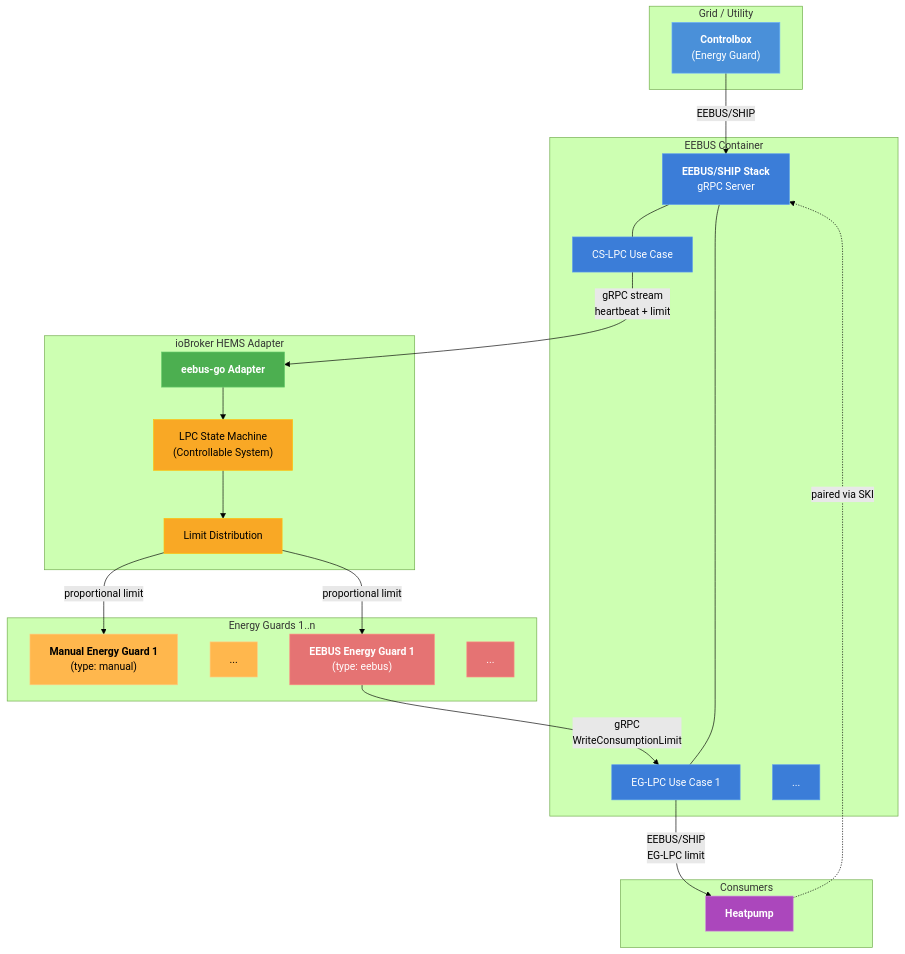
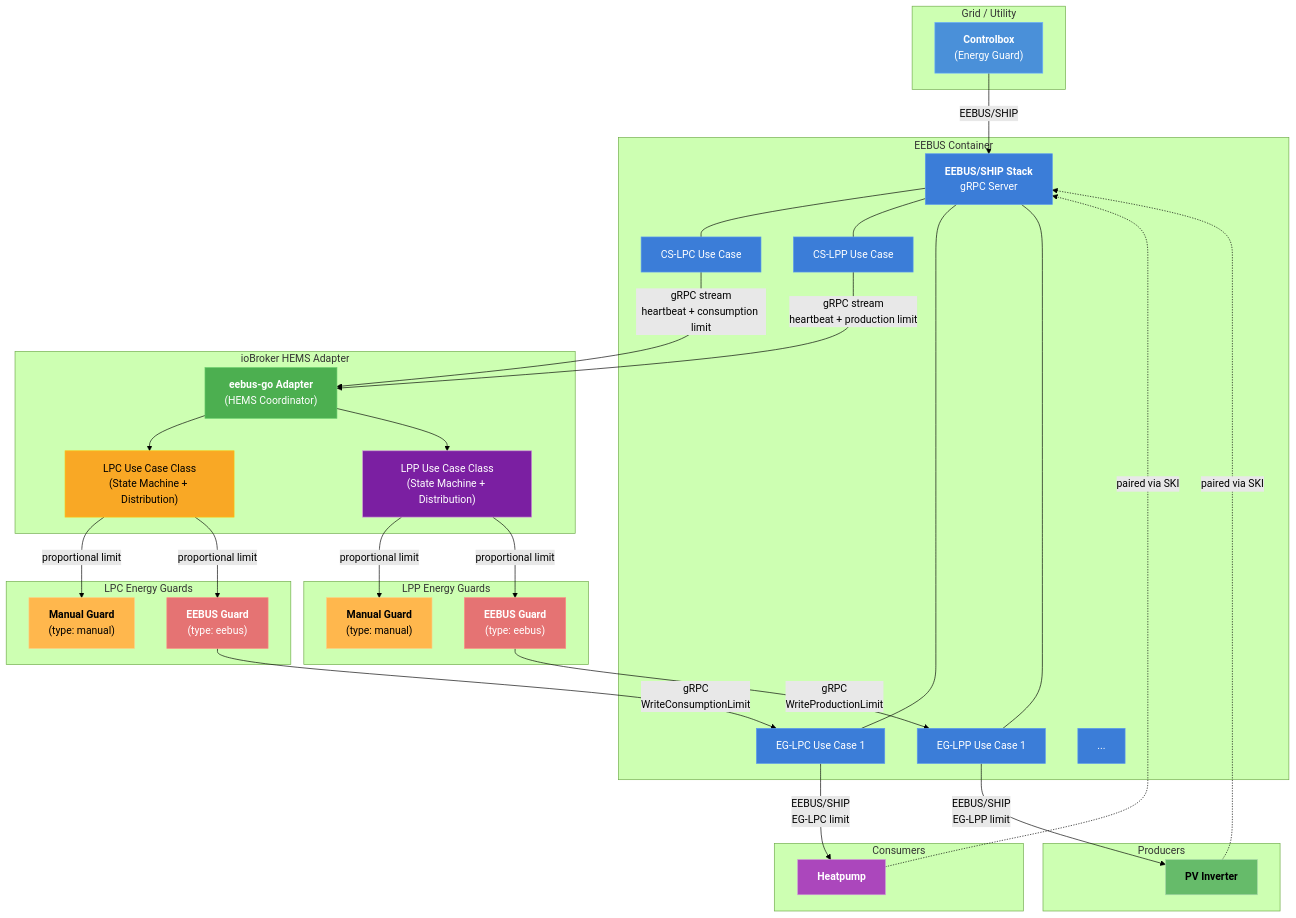
The diagram in doc/architecture-scenario.md (FernetMenta/ioBroker.eebus-go), drawn with Mermaid (forest theme) before and after one commit. The commit also changed other lines of this file and 46 other files, not shown here.

````diff
--- a/doc/architecture-scenario.md
+++ b/doc/architecture-scenario.md
@@ -3,56 +3,76 @@
 ```mermaid
 graph TD
     subgraph Grid / Utility
         CB["<b>Controlbox</b><br/>(Energy Guard)"]
     end
 
     subgraph EEBUS Container
         SHIP["<b>EEBUS/SHIP Stack</b><br/>gRPC Server"]
         CSLPC["CS-LPC Use Case"]
+        CSLPP["CS-LPP Use Case"]
         EGLPC1["EG-LPC Use Case 1"]
-        EGLPCn["..."]
+        EGLPP1["EG-LPP Use Case 1"]
+        EGn["..."]
         SHIP --- CSLPC
+        SHIP --- CSLPP
         SHIP --- EGLPC1
+        SHIP --- EGLPP1
     end
 
     subgraph ioBroker HEMS Adapter
-        ADAPTER["<b>eebus-go Adapter</b>"]
-        FSM["LPC State Machine<br/>(Controllable System)"]
-        DIST["Limit Distribution"]
-        ADAPTER --> FSM
-        FSM --> DIST
+        ADAPTER["<b>eebus-go Adapter</b><br/>(HEMS Coordinator)"]
+        LPC_UC["LPC Use Case Class<br/>(State Machine + Distribution)"]
+        LPP_UC["LPP Use Case Class<br/>(State Machine + Distribution)"]
+        ADAPTER --> LPC_UC
+        ADAPTER --> LPP_UC
     end
 
-    subgraph Energy Guards [Energy Guards 1..n]
-        MG1["<b>Manual Energy Guard 1</b><br/>(type: manual)"]
-        MGn["..."]
-        EG1["<b>EEBUS Energy Guard 1</b><br/>(type: eebus)"]
-        EGn["..."]
+    subgraph LPC Energy Guards
+        LPC_MG1["<b>Manual Guard</b><br/>(type: manual)"]
+        LPC_EG1["<b>EEBUS Guard</b><br/>(type: eebus)"]
+    end
+
+    subgraph LPP Energy Guards
+        LPP_MG1["<b>Manual Guard</b><br/>(type: manual)"]
+        LPP_EG1["<b>EEBUS Guard</b><br/>(type: eebus)"]
     end
 
     subgraph Consumers
         HP["<b>Heatpump</b>"]
     end
 
+    subgraph Producers
+        PV["<b>PV Inverter</b>"]
+    end
+
     CB -->|"EEBUS/SHIP"| SHIP
-    CSLPC -->|"gRPC stream<br/>heartbeat + limit"| ADAPTER
-    DIST -->|"proportional limit"| MG1
-    DIST -->|"proportional limit"| EG1
-    EG1 -->|"gRPC<br/>WriteConsumptionLimit"| EGLPC1
+    CSLPC -->|"gRPC stream<br/>heartbeat + consumption limit"| ADAPTER
+    CSLPP -->|"gRPC stream<br/>heartbeat + production limit"| ADAPTER
+    LPC_UC -->|"proportional limit"| LPC_MG1
+    LPC_UC -->|"proportional limit"| LPC_EG1
+    LPP_UC -->|"proportional limit"| LPP_MG1
+    LPP_UC -->|"proportional limit"| LPP_EG1
+    LPC_EG1 -->|"gRPC<br/>WriteConsumptionLimit"| EGLPC1
+    LPP_EG1 -->|"gRPC<br/>WriteProductionLimit"| EGLPP1
     EGLPC1 -->|"EEBUS/SHIP<br/>EG-LPC limit"| HP
+    EGLPP1 -->|"EEBUS/SHIP<br/>EG-LPP limit"| PV
     HP -.->|"paired via SKI"| SHIP
+    PV -.->|"paired via SKI"| SHIP
 
     style CB fill:#4A90D9,stroke:#6AB0FF,color:#fff
     style SHIP fill:#3B7DD8,stroke:#5A9AEF,color:#fff
     style CSLPC fill:#3B7DD8,stroke:#5A9AEF,color:#fff
+    style CSLPP fill:#3B7DD8,stroke:#5A9AEF,color:#fff
     style EGLPC1 fill:#3B7DD8,stroke:#5A9AEF,color:#fff
-    style EGLPCn fill:#3B7DD8,stroke:#5A9AEF,color:#fff
+    style EGLPP1 fill:#3B7DD8,stroke:#5A9AEF,color:#fff
+    style EGn fill:#3B7DD8,stroke:#5A9AEF,color:#fff
     style ADAPTER fill:#4CAF50,stroke:#66CC6A,color:#fff
-    style FSM fill:#F9A825,stroke:#FFC107,color:#000
-    style DIST fill:#F9A825,stroke:#FFC107,color:#000
-    style EG1 fill:#E57373,stroke:#FF8A80,color:#fff
-    style EGn fill:#E57373,stroke:#FF8A80,color:#fff
-    style MG1 fill:#FFB74D,stroke:#FFCC80,color:#000
-    style MGn fill:#FFB74D,stroke:#FFCC80,color:#000
+    style LPC_UC fill:#F9A825,stroke:#FFC107,color:#000
+    style LPP_UC fill:#7B1FA2,stroke:#CE93D8,color:#fff
+    style LPC_EG1 fill:#E57373,stroke:#FF8A80,color:#fff
+    style LPC_MG1 fill:#FFB74D,stroke:#FFCC80,color:#000
+    style LPP_EG1 fill:#E57373,stroke:#FF8A80,color:#fff
+    style LPP_MG1 fill:#FFB74D,stroke:#FFCC80,color:#000
     style HP fill:#AB47BC,stroke:#CE93D8,color:#fff
+    style PV fill:#66BB6A,stroke:#A5D6A7,color:#000
 ```
````
